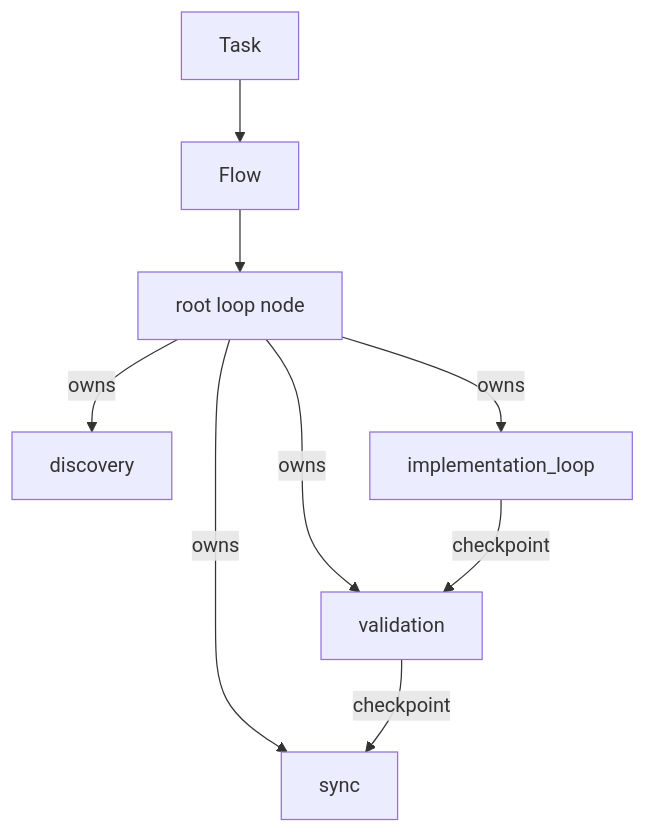
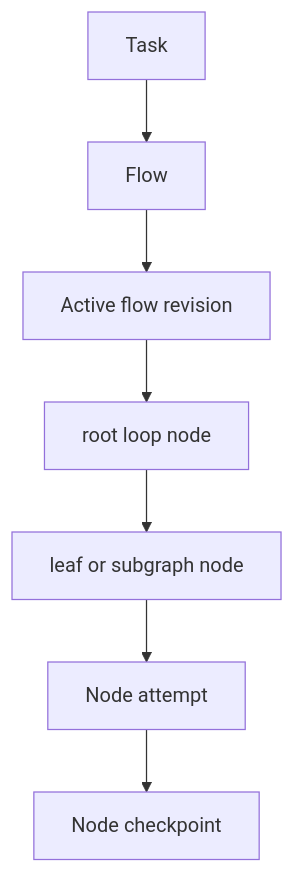
One commit to ringlochid/AutoClaw changed the first of 3 diagrams in docs/architecture/05-diagrams-and-mermaid.md. Above: the diagram before and after it, drawn with Mermaid. The commit also changed other lines of this file and 23 other files, not shown here.

First line of the commit message:
Refactor architecture and documentation for improved clarity and structure

````diff
--- a/docs/architecture/05-diagrams-and-mermaid.md
+++ b/docs/architecture/05-diagrams-and-mermaid.md
@@ -5,11 +5,9 @@
 ```mermaid
 flowchart TD
   task[Task] --> flow[Flow]
-  flow --> n1[root loop node]
-  n1 -->|owns| n2[discovery]
-  n1 -->|owns| n3[implementation_loop]
-  n1 -->|owns| n4[validation]
-  n1 -->|owns| n5[sync]
-  n3 -->|checkpoint| n4
-  n4 -->|checkpoint| n5
+  flow --> rev[Active flow revision]
+  rev --> root[root loop node]
+  root --> child[leaf or subgraph node]
+  child --> attempt[Node attempt]
+  attempt --> checkpoint[Node checkpoint]
 ```
````
